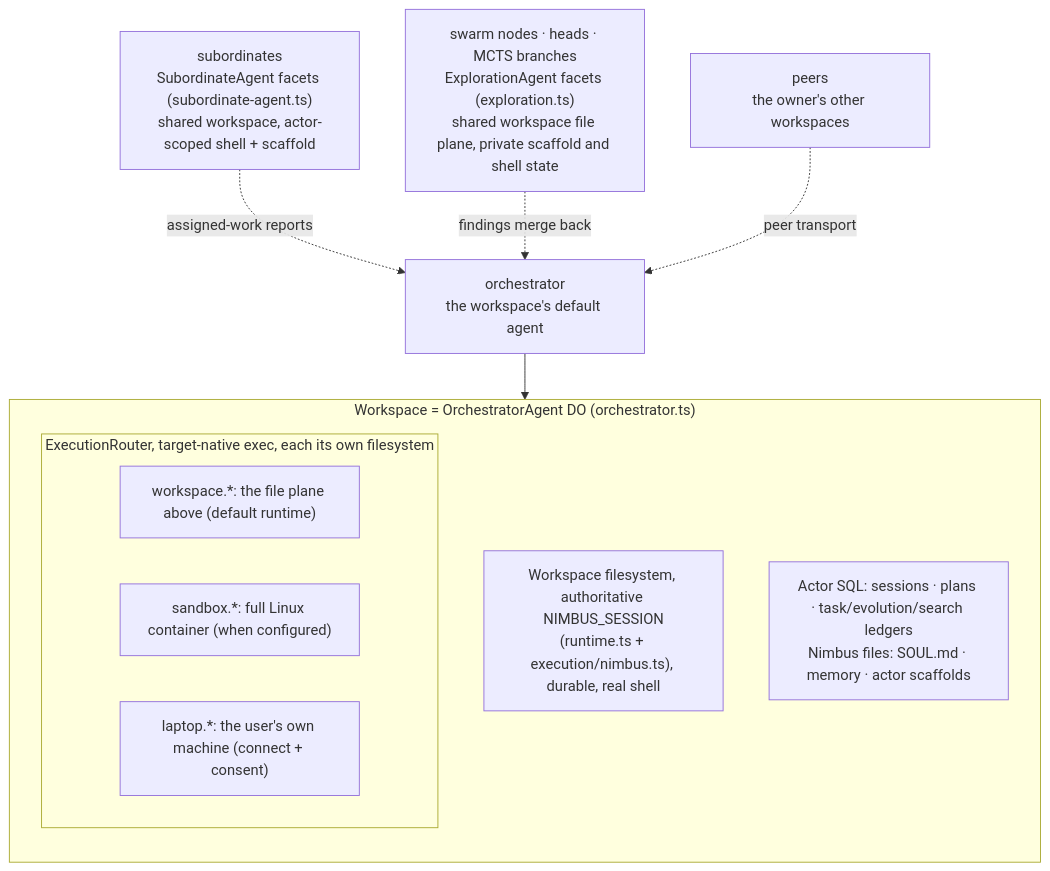
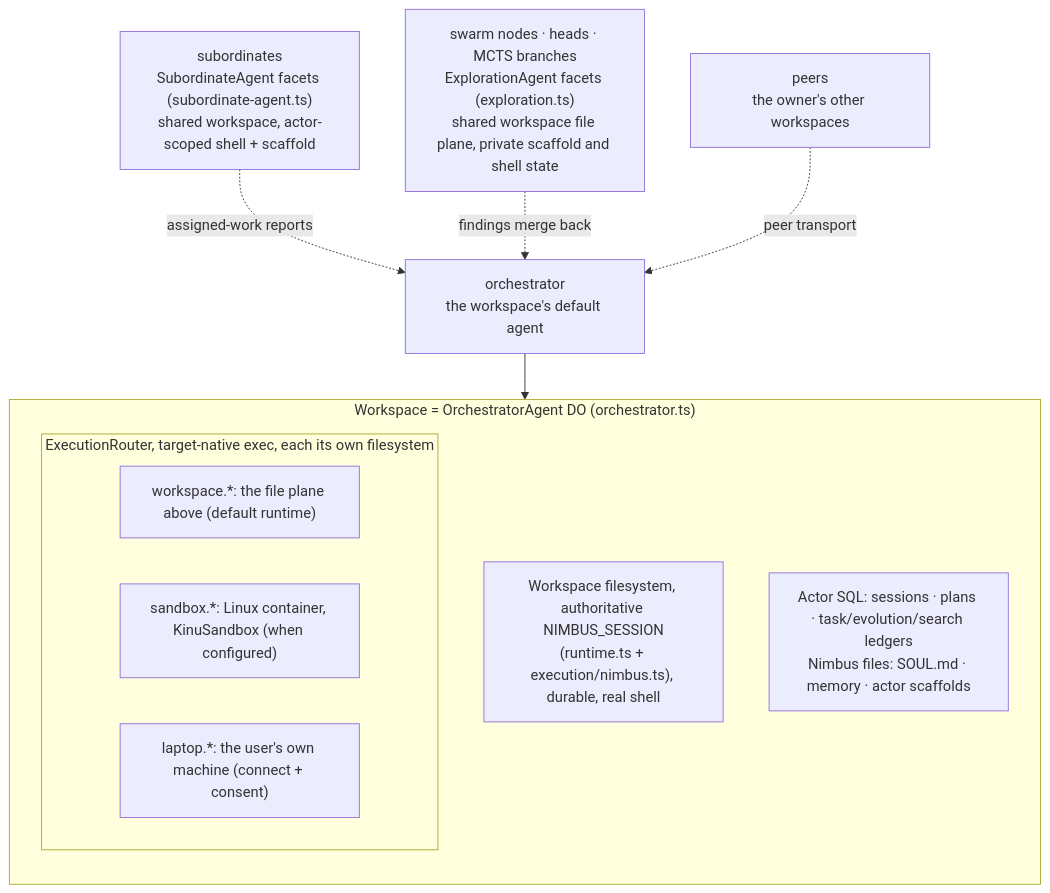
Before and after one commit to AshishKumar4/kinu: the first of 5 diagrams in docs/ARCHITECTURE.md, drawn with Mermaid. The commit also changed other lines of this file and 57 other files, not shown here.

````diff
--- a/docs/ARCHITECTURE.md
+++ b/docs/ARCHITECTURE.md
@@ -25,18 +25,18 @@
 ```mermaid
 graph TB
     subgraph WS["Workspace = OrchestratorAgent DO (orchestrator.ts)"]
         direction TB
         Files["Workspace filesystem, authoritative NIMBUS_SESSION<br/>(runtime.ts + execution/nimbus.ts), durable, real shell"]
         subgraph Execs["ExecutionRouter, target-native exec, each its own filesystem"]
             W["workspace.*: the file plane above (default runtime)"]
-            S["sandbox.*: full Linux container (when configured)"]
+            S["sandbox.*: Linux container, KinuSandbox (when configured)"]
             P["laptop.*: the user's own machine (connect + consent)"]
         end
         State["Actor SQL: sessions · plans · task/evolution/search ledgers<br/>Nimbus files: SOUL.md · memory · actor scaffolds"]
     end
 
     Orch["orchestrator<br/>the workspace's default agent"] --> WS
     Subs["subordinates<br/>SubordinateAgent facets (subordinate-agent.ts)<br/>shared workspace, actor-scoped shell + scaffold"] -.->|assigned-work reports| Orch
     Heads["swarm nodes · heads · MCTS branches<br/>ExplorationAgent facets (exploration.ts)<br/>shared workspace file plane, private scaffold and shell state"] -.->|findings merge back| Orch
     Peers["peers<br/>the owner's other workspaces"] -.->|peer transport| Orch
 ```
````
